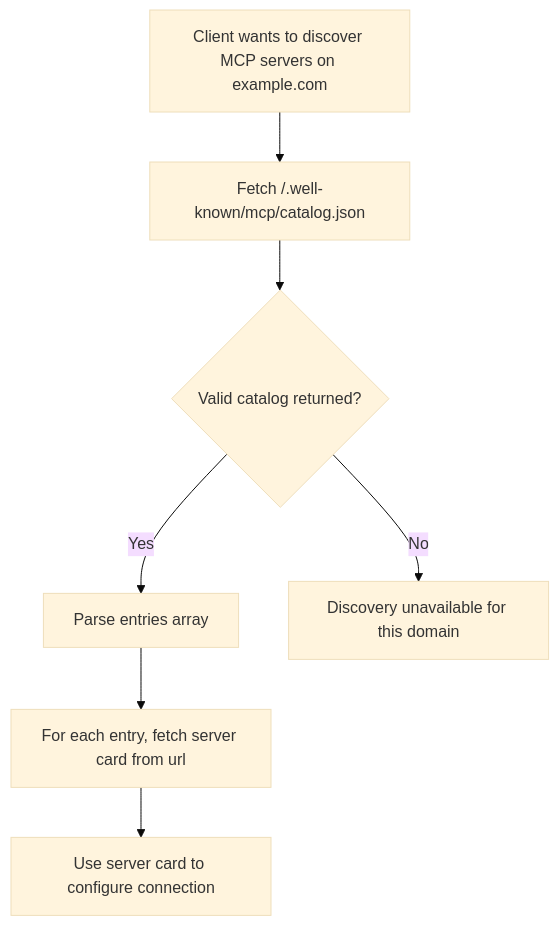
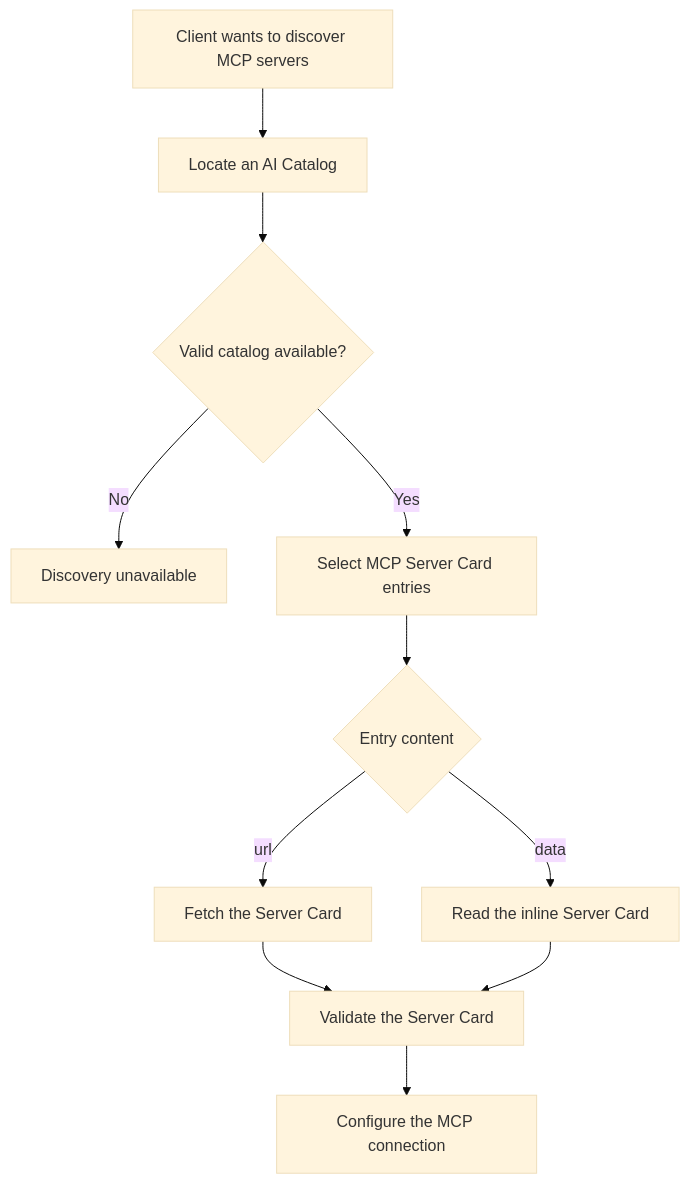
The diagram in docs/discovery.md (modelcontextprotocol/experimental-ext-server-card), drawn with Mermaid (base theme) before and after one commit. The commit also changed other lines of this file and 3 other files, not shown here.

First line of the commit message:
docs(discovery): use AI Catalog for Server Card discovery

````diff
--- a/docs/discovery.md
+++ b/docs/discovery.md
@@ -141,9 +23,13 @@
 ```mermaid
 flowchart TD
-    A[Client wants to discover MCP servers on example.com] --> B[Fetch /.well-known/mcp/catalog.json]
-    B --> C{Valid catalog returned?}
-    C -->|Yes| D[Parse entries array]
-    C -->|No| E[Discovery unavailable for this domain]
-    D --> F[For each entry, fetch server card from url]
-    F --> G[Use server card to configure connection]
+    A[Client wants to discover MCP servers] --> B[Locate an AI Catalog]
+    B --> C{Valid catalog available?}
+    C -->|No| D[Discovery unavailable]
+    C -->|Yes| E[Select MCP Server Card entries]
+    E --> F{Entry content}
+    F -->|url| G[Fetch the Server Card]
+    F -->|data| H[Read the inline Server Card]
+    G --> I[Validate the Server Card]
+    H --> I
+    I --> J[Configure the MCP connection]
 ```
````
